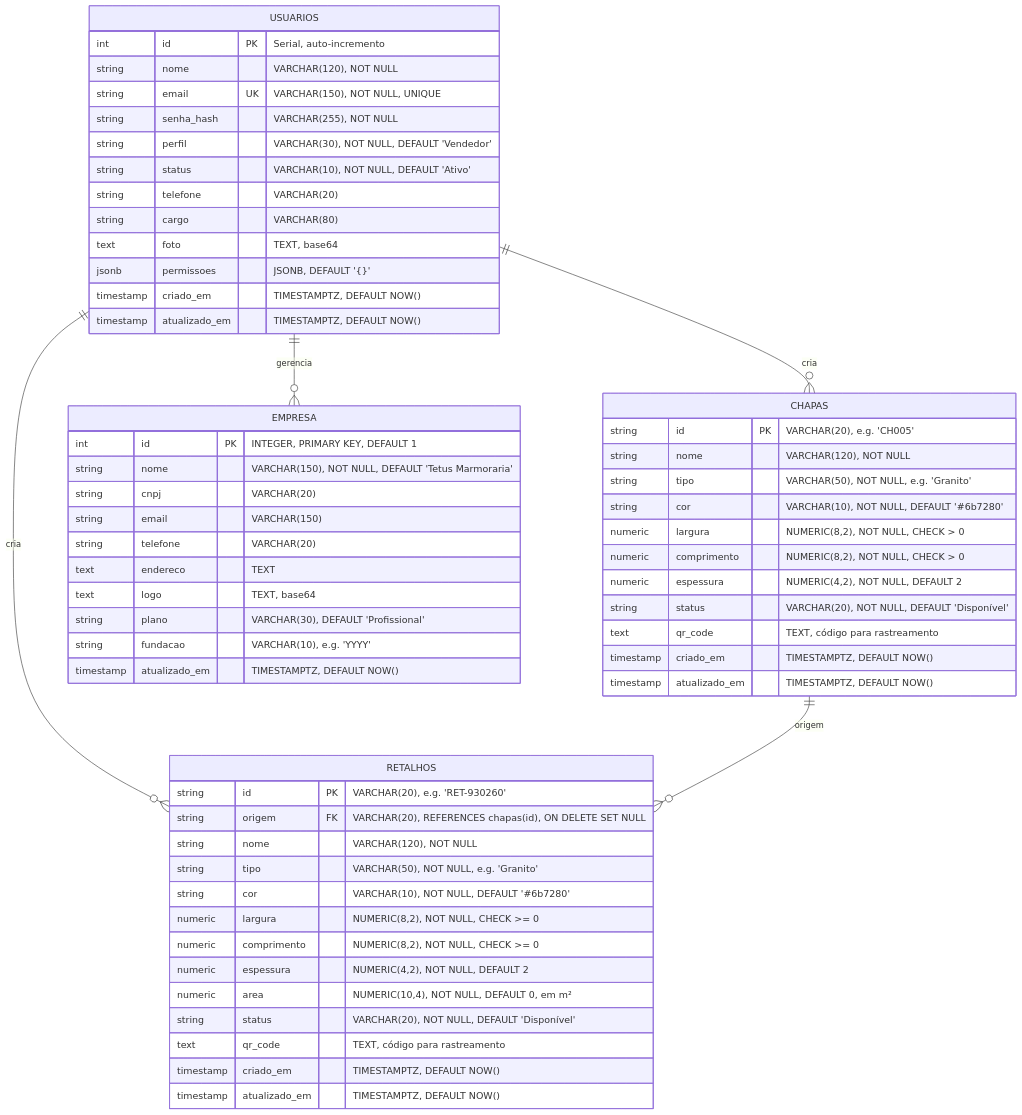
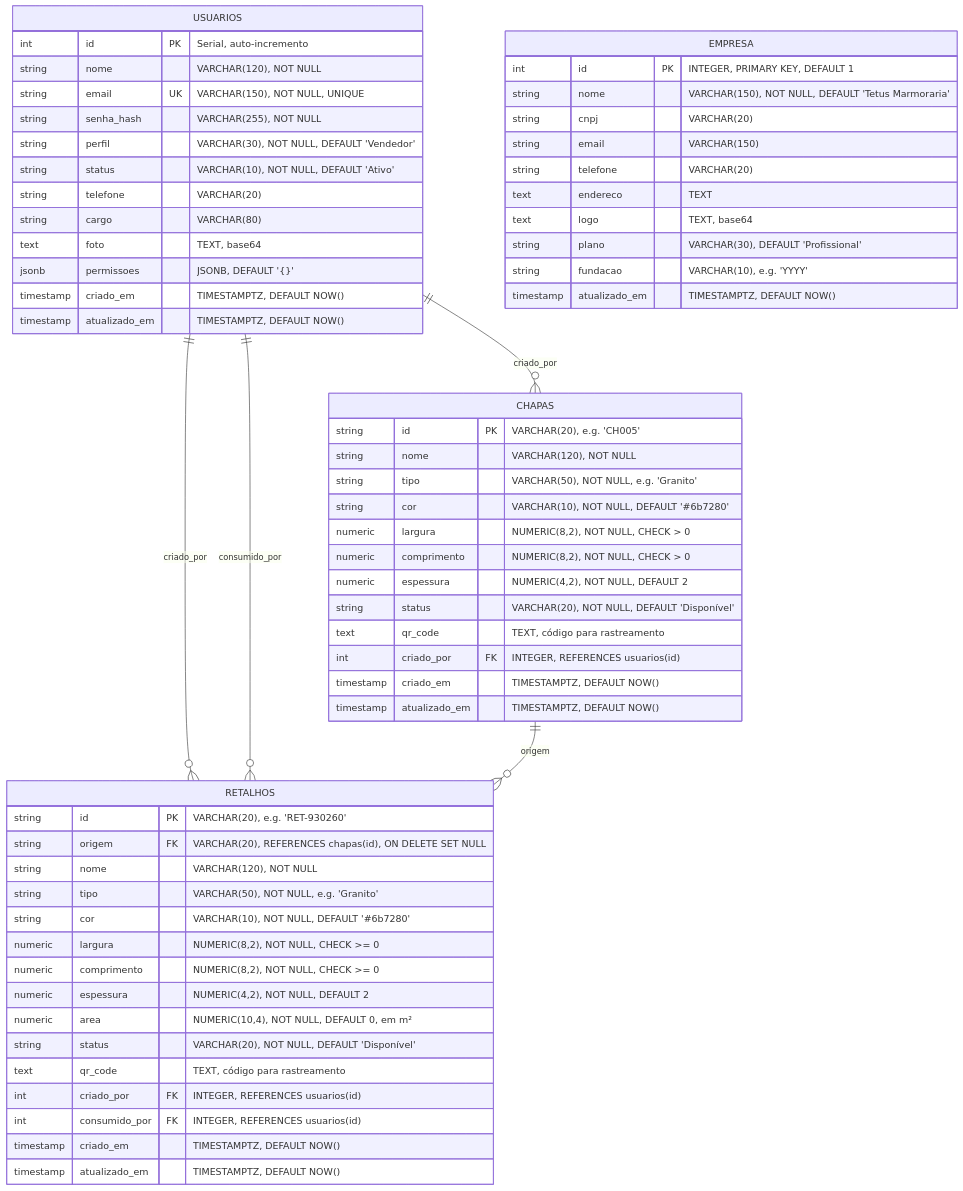
One commit to WlFerrari/TetusManager changed the diagram in DIAGRAMA_ER_BANCO_DADOS.md. Above: the diagram before and after it, drawn with Mermaid. The commit also changed other lines of this file and 7 other files, not shown here.

Commit message:
Add 'criadoPor' and 'consumidoPor' fields to Chapa and Retalho models and update related logic

````diff
--- a/DIAGRAMA_ER_BANCO_DADOS.md
+++ b/DIAGRAMA_ER_BANCO_DADOS.md
@@ -5,65 +5,68 @@
 ```mermaid
 erDiagram
-    USUARIOS ||--o{ CHAPAS : cria
-    USUARIOS ||--o{ RETALHOS : cria
-    USUARIOS ||--o{ EMPRESA : gerencia
+    USUARIOS ||--o{ CHAPAS : "criado_por"
+    USUARIOS ||--o{ RETALHOS : "criado_por"
+    USUARIOS ||--o{ RETALHOS : "consumido_por"
     CHAPAS ||--o{ RETALHOS : "origem"
-    
+
     USUARIOS {
         int id PK "Serial, auto-incremento"
         string nome "VARCHAR(120), NOT NULL"
         string email UK "VARCHAR(150), NOT NULL, UNIQUE"
         string senha_hash "VARCHAR(255), NOT NULL"
         string perfil "VARCHAR(30), NOT NULL, DEFAULT 'Vendedor'"
         string status "VARCHAR(10), NOT NULL, DEFAULT 'Ativo'"
         string telefone "VARCHAR(20)"
         string cargo "VARCHAR(80)"
         text foto "TEXT, base64"
         jsonb permissoes "JSONB, DEFAULT '{}'"
         timestamp criado_em "TIMESTAMPTZ, DEFAULT NOW()"
         timestamp atualizado_em "TIMESTAMPTZ, DEFAULT NOW()"
     }
-    
+
     CHAPAS {
         string id PK "VARCHAR(20), e.g. 'CH005'"
         string nome "VARCHAR(120), NOT NULL"
         string tipo "VARCHAR(50), NOT NULL, e.g. 'Granito'"
         string cor "VARCHAR(10), NOT NULL, DEFAULT '#6b7280'"
         numeric largura "NUMERIC(8,2), NOT NULL, CHECK > 0"
         numeric comprimento "NUMERIC(8,2), NOT NULL, CHECK > 0"
         numeric espessura "NUMERIC(4,2), NOT NULL, DEFAULT 2"
         string status "VARCHAR(20), NOT NULL, DEFAULT 'Disponível'"
         text qr_code "TEXT, código para rastreamento"
+        int criado_por FK "INTEGER, REFERENCES usuarios(id)"
         timestamp criado_em "TIMESTAMPTZ, DEFAULT NOW()"
         timestamp atualizado_em "TIMESTAMPTZ, DEFAULT NOW()"
     }
-    
+
     RETALHOS {
         string id PK "VARCHAR(20), e.g. 'RET-930260'"
         string origem FK "VARCHAR(20), REFERENCES chapas(id), ON DELETE SET NULL"
         string nome "VARCHAR(120), NOT NULL"
         string tipo "VARCHAR(50), NOT NULL, e.g. 'Granito'"
         string cor "VARCHAR(10), NOT NULL, DEFAULT '#6b7280'"
         numeric largura "NUMERIC(8,2), NOT NULL, CHECK >= 0"
         numeric comprimento "NUMERIC(8,2), NOT NULL, CHECK >= 0"
         numeric espessura "NUMERIC(4,2), NOT NULL, DEFAULT 2"
         numeric area "NUMERIC(10,4), NOT NULL, DEFAULT 0, em m²"
         string status "VARCHAR(20), NOT NULL, DEFAULT 'Disponível'"
         text qr_code "TEXT, código para rastreamento"
+        int criado_por FK "INTEGER, REFERENCES usuarios(id)"
+        int consumido_por FK "INTEGER, REFERENCES usuarios(id)"
         timestamp criado_em "TIMESTAMPTZ, DEFAULT NOW()"
         timestamp atualizado_em "TIMESTAMPTZ, DEFAULT NOW()"
     }
-    
+
     EMPRESA {
         int id PK "INTEGER, PRIMARY KEY, DEFAULT 1"
         string nome "VARCHAR(150), NOT NULL, DEFAULT 'Tetus Marmoraria'"
         string cnpj "VARCHAR(20)"
         string email "VARCHAR(150)"
         string telefone "VARCHAR(20)"
         text endereco "TEXT"
         text logo "TEXT, base64"
         string plano "VARCHAR(30), DEFAULT 'Profissional'"
         string fundacao "VARCHAR(10), e.g. 'YYYY'"
         timestamp atualizado_em "TIMESTAMPTZ, DEFAULT NOW()"
     }
 ```
````
